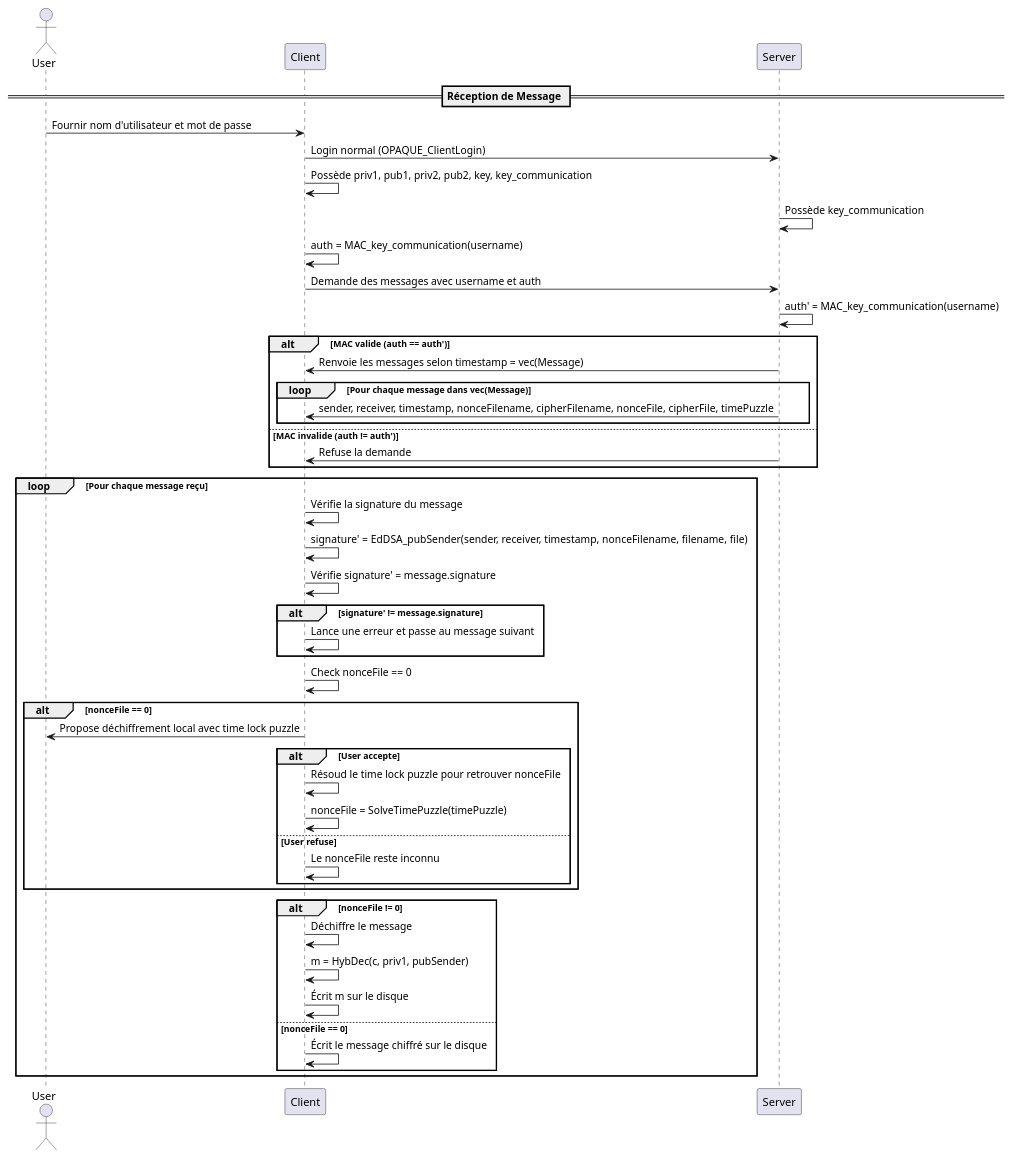
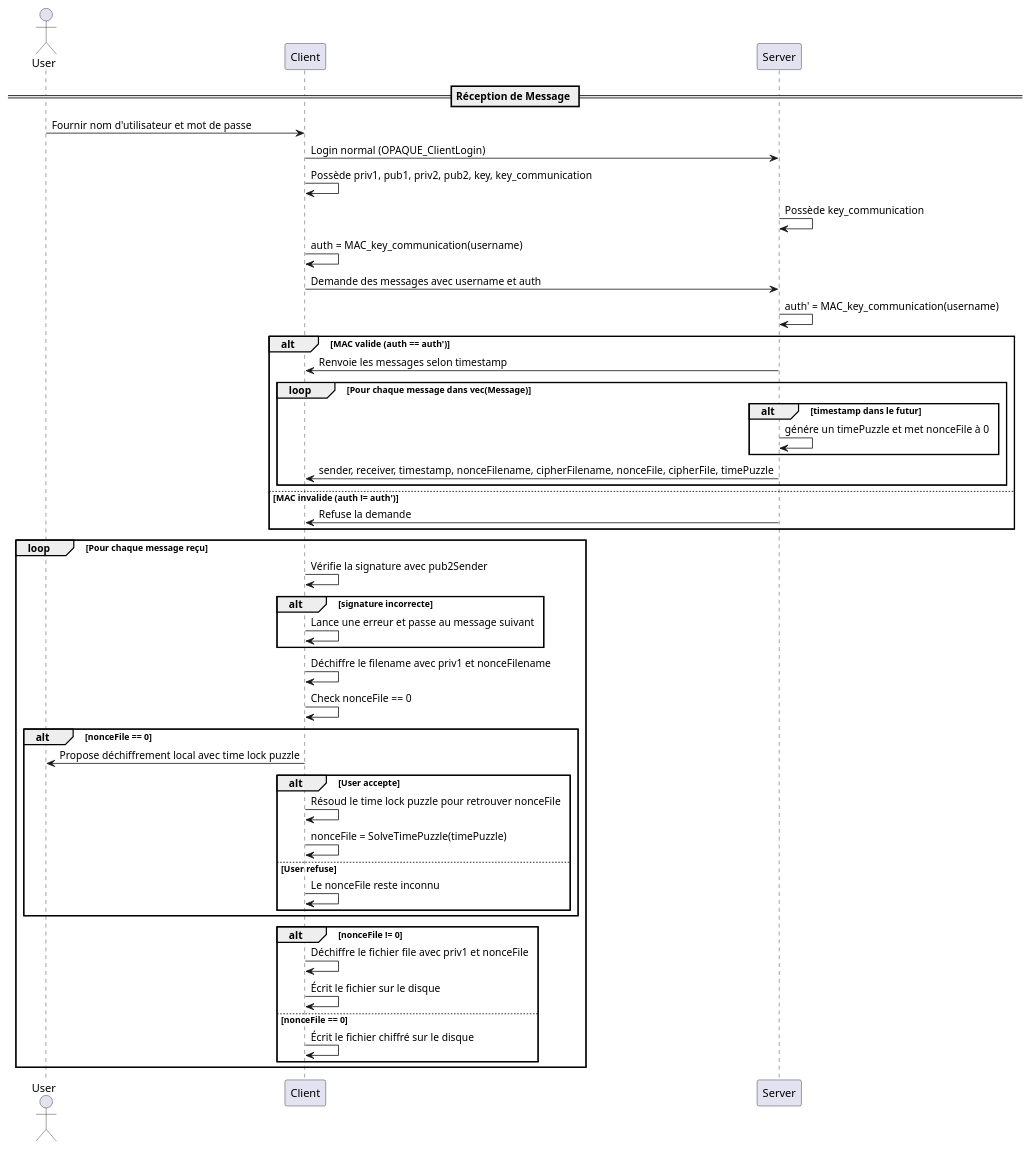
The diagram in uml/receiveMessage.puml (JustinFerrara14/CAA-Project), drawn with PlantUML before and after one commit. The commit also changed 5 other files, not shown here.

```diff
--- a/uml/receiveMessage.puml
+++ b/uml/receiveMessage.puml
@@ -1,54 +1,56 @@
 @startuml
 actor User
 participant Client
 participant Server
 
 == Réception de Message ==
 User -> Client: Fournir nom d'utilisateur et mot de passe
 
 Client -> Server: Login normal (OPAQUE_ClientLogin)
 Client -> Client: Possède priv1, pub1, priv2, pub2, key, key_communication
 Server -> Server: Possède key_communication
 
 Client -> Client: auth = MAC_key_communication(username)
 
 Client -> Server: Demande des messages avec username et auth
 Server -> Server: auth' = MAC_key_communication(username)
 alt MAC valide (auth == auth')
-    Server -> Client: Renvoie les messages selon timestamp = vec(Message)
+    Server -> Client: Renvoie les messages selon timestamp
     loop Pour chaque message dans vec(Message)
+        alt timestamp dans le futur
+            Server -> Server: génére un timePuzzle et met nonceFile à 0
+        end
         Server -> Client: sender, receiver, timestamp, nonceFilename, cipherFilename, nonceFile, cipherFile, timePuzzle
     end
 else MAC invalide (auth != auth')
     Server -> Client: Refuse la demande
 end
 
 loop Pour chaque message reçu
-    Client -> Client: Vérifie la signature du message
-    Client -> Client: signature' = EdDSA_pubSender(sender, receiver, timestamp, nonceFilename, filename, file)
-    Client -> Client: Vérifie signature' = message.signature
-    alt signature' != message.signature
+    Client -> Client: Vérifie la signature avec pub2Sender
+    alt signature incorrecte
         Client -> Client: Lance une erreur et passe au message suivant
     end
+
+    Client -> Client: Déchiffre le filename avec priv1 et nonceFilename
 
     Client -> Client: Check nonceFile == 0
     alt nonceFile == 0
         Client -> User: Propose déchiffrement local avec time lock puzzle
 
         alt User accepte
             Client -> Client: Résoud le time lock puzzle pour retrouver nonceFile
             Client -> Client: nonceFile = SolveTimePuzzle(timePuzzle)
         else User refuse
             Client -> Client: Le nonceFile reste inconnu
         end
     end
 
     alt nonceFile != 0
-        Client -> Client: Déchiffre le message
-        Client -> Client: m = HybDec(c, priv1, pubSender)
-        Client -> Client: Écrit m sur le disque
+        Client -> Client: Déchiffre le fichier file avec priv1 et nonceFile
+        Client -> Client: Écrit le fichier sur le disque
     else nonceFile == 0
-        Client -> Client: Écrit le message chiffré sur le disque
+        Client -> Client: Écrit le fichier chiffré sur le disque
     end
 end
 @enduml
```
